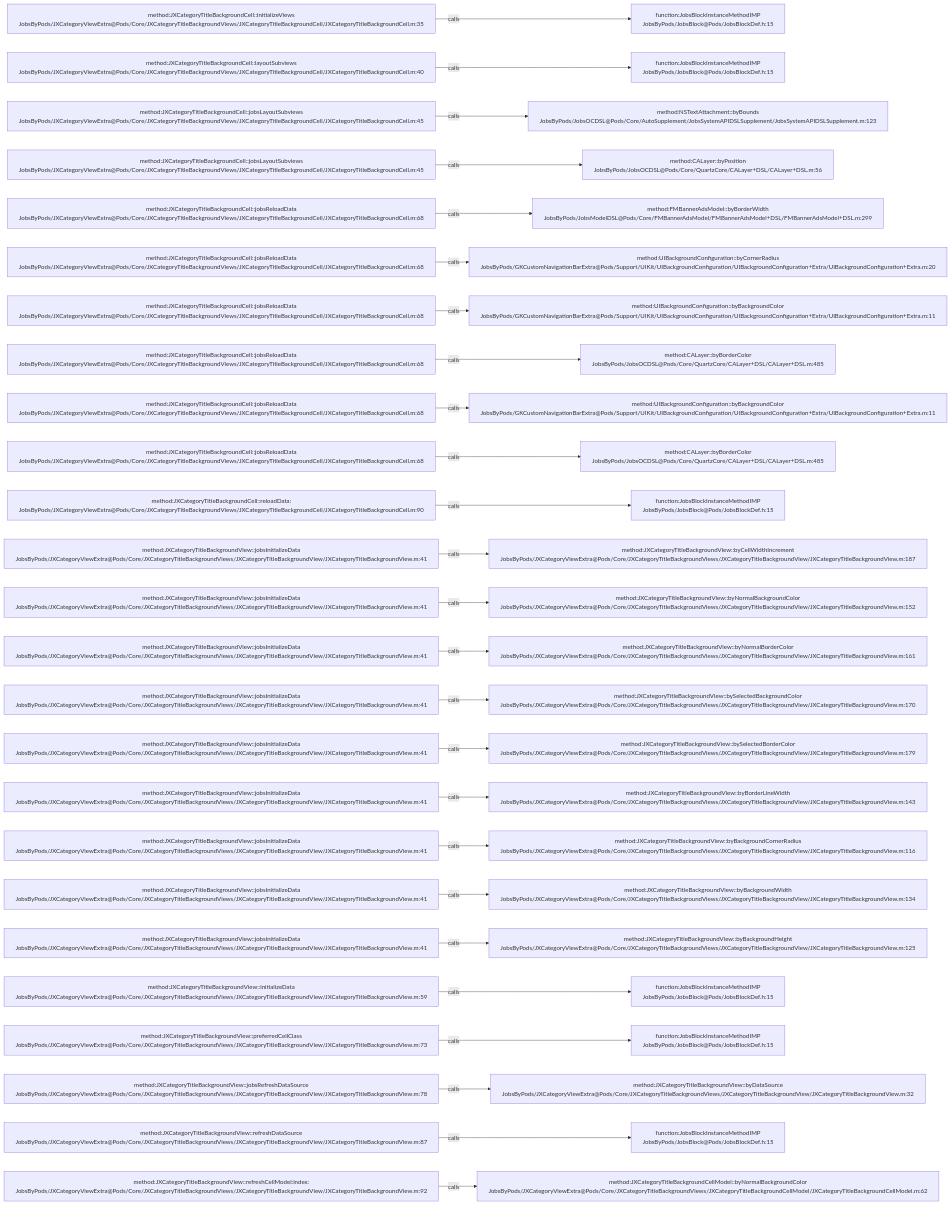
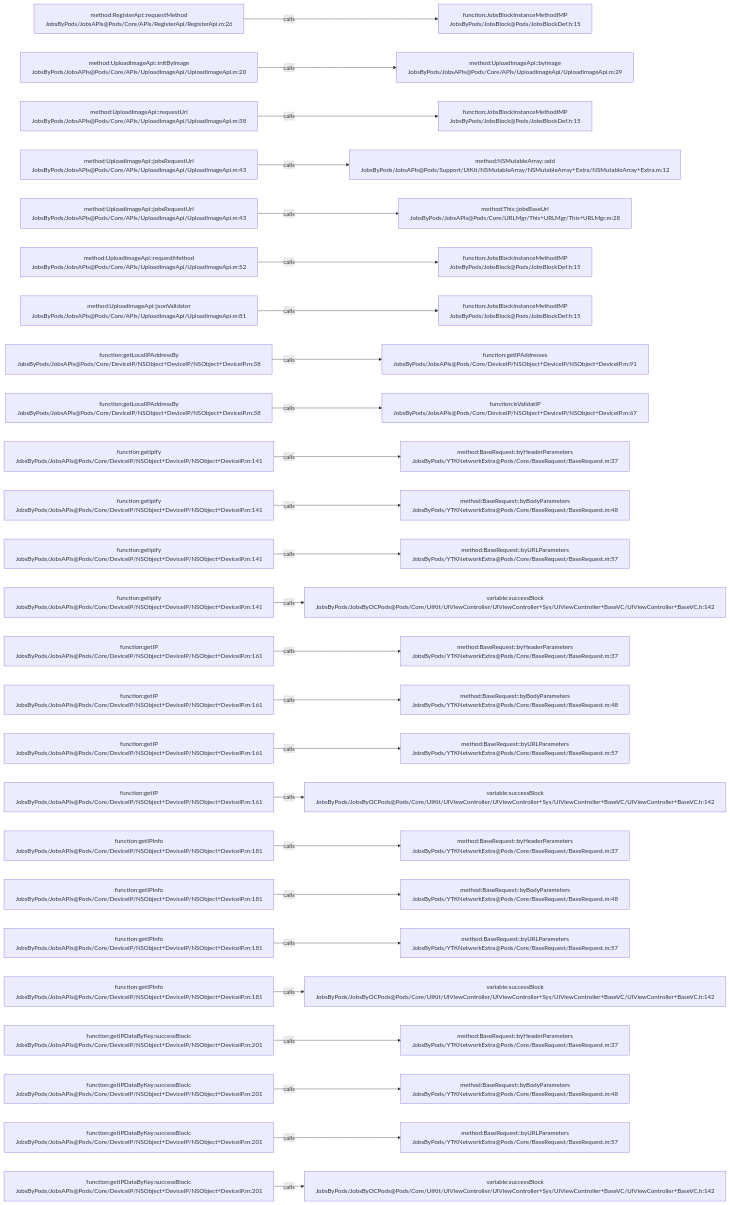
Before and after one commit to JobsKits/JobsOCBaseConfigDemo: the diagram in .codegraph/codegraph.md/graphs/calls-050.md, drawn with Mermaid. The commit also changed 223 other files, not shown here.

````diff
--- a/.codegraph/codegraph.md/graphs/calls-050.md
+++ b/.codegraph/codegraph.md/graphs/calls-050.md
@@ -13,78 +13,78 @@
 ```mermaid
 flowchart LR
-  S1["method:JXCategoryTitleBackgroundCell::initializeViews<br/>JobsByPods/JXCategoryViewExtra@Pods/Core/JXCategoryTitleBackgroundViews/JXCategoryTitleBackgroundCell/JXCategoryTitleBackgroundCell.m:35"]
+  S1["method:RegisterApi::requestMethod<br/>JobsByPods/JobsAPIs@Pods/Core/APIs/RegisterApi/RegisterApi.m:26"]
   T1["function:JobsBlockInstanceMethodIMP<br/>JobsByPods/JobsBlock@Pods/JobsBlockDef.h:15"]
   S1 -->|calls| T1
-  S2["method:JXCategoryTitleBackgroundCell::layoutSubviews<br/>JobsByPods/JXCategoryViewExtra@Pods/Core/JXCategoryTitleBackgroundViews/JXCategoryTitleBackgroundCell/JXCategoryTitleBackgroundCell.m:40"]
-  T2["function:JobsBlockInstanceMethodIMP<br/>JobsByPods/JobsBlock@Pods/JobsBlockDef.h:15"]
+  S2["method:UploadImageApi::initByImage<br/>JobsByPods/JobsAPIs@Pods/Core/APIs/UploadImageApi/UploadImageApi.m:20"]
+  T2["method:UploadImageApi::byImage<br/>JobsByPods/JobsAPIs@Pods/Core/APIs/UploadImageApi/UploadImageApi.m:29"]
   S2 -->|calls| T2
-  S3["method:JXCategoryTitleBackgroundCell::jobsLayoutSubviews<br/>JobsByPods/JXCategoryViewExtra@Pods/Core/JXCategoryTitleBackgroundViews/JXCategoryTitleBackgroundCell/JXCategoryTitleBackgroundCell.m:45"]
-  T3["method:NSTextAttachment::byBounds<br/>JobsByPods/JobsOCDSL@Pods/Core/AutoSupplement/JobsSystemAPIDSLSupplement/JobsSystemAPIDSLSupplement.m:123"]
+  S3["method:UploadImageApi::requestUrl<br/>JobsByPods/JobsAPIs@Pods/Core/APIs/UploadImageApi/UploadImageApi.m:38"]
+  T3["function:JobsBlockInstanceMethodIMP<br/>JobsByPods/JobsBlock@Pods/JobsBlockDef.h:15"]
   S3 -->|calls| T3
-  S4["method:JXCategoryTitleBackgroundCell::jobsLayoutSubviews<br/>JobsByPods/JXCategoryViewExtra@Pods/Core/JXCategoryTitleBackgroundViews/JXCategoryTitleBackgroundCell/JXCategoryTitleBackgroundCell.m:45"]
-  T4["method:CALayer::byPosition<br/>JobsByPods/JobsOCDSL@Pods/Core/QuartzCore/CALayer+DSL/CALayer+DSL.m:56"]
+  S4["method:UploadImageApi::jobsRequestUrl<br/>JobsByPods/JobsAPIs@Pods/Core/APIs/UploadImageApi/UploadImageApi.m:43"]
+  T4["method:NSMutableArray::add<br/>JobsByPods/JobsAPIs@Pods/Support/UIKit/NSMutableArray/NSMutableArray+Extra/NSMutableArray+Extra.m:12"]
   S4 -->|calls| T4
-  S5["method:JXCategoryTitleBackgroundCell::jobsReloadData<br/>JobsByPods/JXCategoryViewExtra@Pods/Core/JXCategoryTitleBackgroundViews/JXCategoryTitleBackgroundCell/JXCategoryTitleBackgroundCell.m:68"]
-  T5["method:FMBannerAdsModel::byBorderWidth<br/>JobsByPods/JobsModelDSL@Pods/Core/FMBannerAdsModel/FMBannerAdsModel+DSL/FMBannerAdsModel+DSL.m:299"]
+  S5["method:UploadImageApi::jobsRequestUrl<br/>JobsByPods/JobsAPIs@Pods/Core/APIs/UploadImageApi/UploadImageApi.m:43"]
+  T5["method:This::jobsBaseUrl<br/>JobsByPods/JobsAPIs@Pods/Core/URLMgr/This+URLMgr/This+URLMgr.m:28"]
   S5 -->|calls| T5
-  S6["method:JXCategoryTitleBackgroundCell::jobsReloadData<br/>JobsByPods/JXCategoryViewExtra@Pods/Core/JXCategoryTitleBackgroundViews/JXCategoryTitleBackgroundCell/JXCategoryTitleBackgroundCell.m:68"]
-  T6["method:UIBackgroundConfiguration::byCornerRadius<br/>JobsByPods/GKCustomNavigationBarExtra@Pods/Support/UIKit/UIBackgroundConfiguration/UIBackgroundConfiguration+Extra/UIBackgroundConfiguration+Extra.m:20"]
+  S6["method:UploadImageApi::requestMethod<br/>JobsByPods/JobsAPIs@Pods/Core/APIs/UploadImageApi/UploadImageApi.m:52"]
+  T6["function:JobsBlockInstanceMethodIMP<br/>JobsByPods/JobsBlock@Pods/JobsBlockDef.h:15"]
   S6 -->|calls| T6
-  S7["method:JXCategoryTitleBackgroundCell::jobsReloadData<br/>JobsByPods/JXCategoryViewExtra@Pods/Core/JXCategoryTitleBackgroundViews/JXCategoryTitleBackgroundCell/JXCategoryTitleBackgroundCell.m:68"]
-  T7["method:UIBackgroundConfiguration::byBackgroundColor<br/>JobsByPods/GKCustomNavigationBarExtra@Pods/Support/UIKit/UIBackgroundConfiguration/UIBackgroundConfiguration+Extra/UIBackgroundConfiguration+Extra.m:11"]
+  S7["method:UploadImageApi::jsonValidator<br/>JobsByPods/JobsAPIs@Pods/Core/APIs/UploadImageApi/UploadImageApi.m:81"]
+  T7["function:JobsBlockInstanceMethodIMP<br/>JobsByPods/JobsBlock@Pods/JobsBlockDef.h:15"]
   S7 -->|calls| T7
-  S8["method:JXCategoryTitleBackgroundCell::jobsReloadData<br/>JobsByPods/JXCategoryViewExtra@Pods/Core/JXCategoryTitleBackgroundViews/JXCategoryTitleBackgroundCell/JXCategoryTitleBackgroundCell.m:68"]
-  T8["method:CALayer::byBorderColor<br/>JobsByPods/JobsOCDSL@Pods/Core/QuartzCore/CALayer+DSL/CALayer+DSL.m:485"]
+  S8["function:getLocalIPAddressBy<br/>JobsByPods/JobsAPIs@Pods/Core/DeviceIP/NSObject+DeviceIP/NSObject+DeviceIP.m:38"]
+  T8["function:getIPAddresses<br/>JobsByPods/JobsAPIs@Pods/Core/DeviceIP/NSObject+DeviceIP/NSObject+DeviceIP.m:91"]
   S8 -->|calls| T8
-  S9["method:JXCategoryTitleBackgroundCell::jobsReloadData<br/>JobsByPods/JXCategoryViewExtra@Pods/Core/JXCategoryTitleBackgroundViews/JXCategoryTitleBackgroundCell/JXCategoryTitleBackgroundCell.m:68"]
-  T9["method:UIBackgroundConfiguration::byBackgroundColor<br/>JobsByPods/GKCustomNavigationBarExtra@Pods/Support/UIKit/UIBackgroundConfiguration/UIBackgroundConfiguration+Extra/UIBackgroundConfiguration+Extra.m:11"]
+  S9["function:getLocalIPAddressBy<br/>JobsByPods/JobsAPIs@Pods/Core/DeviceIP/NSObject+DeviceIP/NSObject+DeviceIP.m:38"]
+  T9["function:isValidatIP<br/>JobsByPods/JobsAPIs@Pods/Core/DeviceIP/NSObject+DeviceIP/NSObject+DeviceIP.m:67"]
   S9 -->|calls| T9
-  S10["method:JXCategoryTitleBackgroundCell::jobsReloadData<br/>JobsByPods/JXCategoryViewExtra@Pods/Core/JXCategoryTitleBackgroundViews/JXCategoryTitleBackgroundCell/JXCategoryTitleBackgroundCell.m:68"]
-  T10["method:CALayer::byBorderColor<br/>JobsByPods/JobsOCDSL@Pods/Core/QuartzCore/CALayer+DSL/CALayer+DSL.m:485"]
+  S10["function:getIpify<br/>JobsByPods/JobsAPIs@Pods/Core/DeviceIP/NSObject+DeviceIP/NSObject+DeviceIP.m:141"]
+  T10["method:BaseRequest::byHeaderParameters<br/>JobsByPods/YTKNetworkExtra@Pods/Core/BaseRequest/BaseRequest.m:37"]
   S10 -->|calls| T10
-  S11["method:JXCategoryTitleBackgroundCell::reloadData:<br/>JobsByPods/JXCategoryViewExtra@Pods/Core/JXCategoryTitleBackgroundViews/JXCategoryTitleBackgroundCell/JXCategoryTitleBackgroundCell.m:90"]
-  T11["function:JobsBlockInstanceMethodIMP<br/>JobsByPods/JobsBlock@Pods/JobsBlockDef.h:15"]
+  S11["function:getIpify<br/>JobsByPods/JobsAPIs@Pods/Core/DeviceIP/NSObject+DeviceIP/NSObject+DeviceIP.m:141"]
+  T11["method:BaseRequest::byBodyParameters<br/>JobsByPods/YTKNetworkExtra@Pods/Core/BaseRequest/BaseRequest.m:48"]
   S11 -->|calls| T11
-  S12["method:JXCategoryTitleBackgroundView::jobsInitializeData<br/>JobsByPods/JXCategoryViewExtra@Pods/Core/JXCategoryTitleBackgroundViews/JXCategoryTitleBackgroundView/JXCategoryTitleBackgroundView.m:41"]
-  T12["method:JXCategoryTitleBackgroundView::byCellWidthIncrement<br/>JobsByPods/JXCategoryViewExtra@Pods/Core/JXCategoryTitleBackgroundViews/JXCategoryTitleBackgroundView/JXCategoryTitleBackgroundView.m:187"]
+  S12["function:getIpify<br/>JobsByPods/JobsAPIs@Pods/Core/DeviceIP/NSObject+DeviceIP/NSObject+DeviceIP.m:141"]
+  T12["method:BaseRequest::byURLParameters<br/>JobsByPods/YTKNetworkExtra@Pods/Core/BaseRequest/BaseRequest.m:57"]
   S12 -->|calls| T12
-  S13["method:JXCategoryTitleBackgroundView::jobsInitializeData<br/>JobsByPods/JXCategoryViewExtra@Pods/Core/JXCategoryTitleBackgroundViews/JXCategoryTitleBackgroundView/JXCategoryTitleBackgroundView.m:41"]
-  T13["method:JXCategoryTitleBackgroundView::byNormalBackgroundColor<br/>JobsByPods/JXCategoryViewExtra@Pods/Core/JXCategoryTitleBackgroundViews/JXCategoryTitleBackgroundView/JXCategoryTitleBackgroundView.m:152"]
+  S13["function:getIpify<br/>JobsByPods/JobsAPIs@Pods/Core/DeviceIP/NSObject+DeviceIP/NSObject+DeviceIP.m:141"]
+  T13["variable:successBlock<br/>JobsByPods/JobsByOCPods@Pods/Core/UIKit/UIViewController/UIViewController+Sys/UIViewController+BaseVC/UIViewController+BaseVC.h:142"]
   S13 -->|calls| T13
-  S14["method:JXCategoryTitleBackgroundView::jobsInitializeData<br/>JobsByPods/JXCategoryViewExtra@Pods/Core/JXCategoryTitleBackgroundViews/JXCategoryTitleBackgroundView/JXCategoryTitleBackgroundView.m:41"]
-  T14["method:JXCategoryTitleBackgroundView::byNormalBorderColor<br/>JobsByPods/JXCategoryViewExtra@Pods/Core/JXCategoryTitleBackgroundViews/JXCategoryTitleBackgroundView/JXCategoryTitleBackgroundView.m:161"]
+  S14["function:getIP<br/>JobsByPods/JobsAPIs@Pods/Core/DeviceIP/NSObject+DeviceIP/NSObject+DeviceIP.m:161"]
+  T14["method:BaseRequest::byHeaderParameters<br/>JobsByPods/YTKNetworkExtra@Pods/Core/BaseRequest/BaseRequest.m:37"]
   S14 -->|calls| T14
-  S15["method:JXCategoryTitleBackgroundView::jobsInitializeData<br/>JobsByPods/JXCategoryViewExtra@Pods/Core/JXCategoryTitleBackgroundViews/JXCategoryTitleBackgroundView/JXCategoryTitleBackgroundView.m:41"]
-  T15["method:JXCategoryTitleBackgroundView::bySelectedBackgroundColor<br/>JobsByPods/JXCategoryViewExtra@Pods/Core/JXCategoryTitleBackgroundViews/JXCategoryTitleBackgroundView/JXCategoryTitleBackgroundView.m:170"]
+  S15["function:getIP<br/>JobsByPods/JobsAPIs@Pods/Core/DeviceIP/NSObject+DeviceIP/NSObject+DeviceIP.m:161"]
+  T15["method:BaseRequest::byBodyParameters<br/>JobsByPods/YTKNetworkExtra@Pods/Core/BaseRequest/BaseRequest.m:48"]
   S15 -->|calls| T15
-  S16["method:JXCategoryTitleBackgroundView::jobsInitializeData<br/>JobsByPods/JXCategoryViewExtra@Pods/Core/JXCategoryTitleBackgroundViews/JXCategoryTitleBackgroundView/JXCategoryTitleBackgroundView.m:41"]
-  T16["method:JXCategoryTitleBackgroundView::bySelectedBorderColor<br/>JobsByPods/JXCategoryViewExtra@Pods/Core/JXCategoryTitleBackgroundViews/JXCategoryTitleBackgroundView/JXCategoryTitleBackgroundView.m:179"]
+  S16["function:getIP<br/>JobsByPods/JobsAPIs@Pods/Core/DeviceIP/NSObject+DeviceIP/NSObject+DeviceIP.m:161"]
+  T16["method:BaseRequest::byURLParameters<br/>JobsByPods/YTKNetworkExtra@Pods/Core/BaseRequest/BaseRequest.m:57"]
   S16 -->|calls| T16
-  S17["method:JXCategoryTitleBackgroundView::jobsInitializeData<br/>JobsByPods/JXCategoryViewExtra@Pods/Core/JXCategoryTitleBackgroundViews/JXCategoryTitleBackgroundView/JXCategoryTitleBackgroundView.m:41"]
-  T17["method:JXCategoryTitleBackgroundView::byBorderLineWidth<br/>JobsByPods/JXCategoryViewExtra@Pods/Core/JXCategoryTitleBackgroundViews/JXCategoryTitleBackgroundView/JXCategoryTitleBackgroundView.m:143"]
+  S17["function:getIP<br/>JobsByPods/JobsAPIs@Pods/Core/DeviceIP/NSObject+DeviceIP/NSObject+DeviceIP.m:161"]
+  T17["variable:successBlock<br/>JobsByPods/JobsByOCPods@Pods/Core/UIKit/UIViewController/UIViewController+Sys/UIViewController+BaseVC/UIViewController+BaseVC.h:142"]
   S17 -->|calls| T17
-  S18["method:JXCategoryTitleBackgroundView::jobsInitializeData<br/>JobsByPods/JXCategoryViewExtra@Pods/Core/JXCategoryTitleBackgroundViews/JXCategoryTitleBackgroundView/JXCategoryTitleBackgroundView.m:41"]
-  T18["method:JXCategoryTitleBackgroundView::byBackgroundCornerRadius<br/>JobsByPods/JXCategoryViewExtra@Pods/Core/JXCategoryTitleBackgroundViews/JXCategoryTitleBackgroundView/JXCategoryTitleBackgroundView.m:116"]
+  S18["function:getIPInfo<br/>JobsByPods/JobsAPIs@Pods/Core/DeviceIP/NSObject+DeviceIP/NSObject+DeviceIP.m:181"]
+  T18["method:BaseRequest::byHeaderParameters<br/>JobsByPods/YTKNetworkExtra@Pods/Core/BaseRequest/BaseRequest.m:37"]
   S18 -->|calls| T18
-  S19["method:JXCategoryTitleBackgroundView::jobsInitializeData<br/>JobsByPods/JXCategoryViewExtra@Pods/Core/JXCategoryTitleBackgroundViews/JXCategoryTitleBackgroundView/JXCategoryTitleBackgroundView.m:41"]
-  T19["method:JXCategoryTitleBackgroundView::byBackgroundWidth<br/>JobsByPods/JXCategoryViewExtra@Pods/Core/JXCategoryTitleBackgroundViews/JXCategoryTitleBackgroundView/JXCategoryTitleBackgroundView.m:134"]
+  S19["function:getIPInfo<br/>JobsByPods/JobsAPIs@Pods/Core/DeviceIP/NSObject+DeviceIP/NSObject+DeviceIP.m:181"]
+  T19["method:BaseRequest::byBodyParameters<br/>JobsByPods/YTKNetworkExtra@Pods/Core/BaseRequest/BaseRequest.m:48"]
   S19 -->|calls| T19
-  S20["method:JXCategoryTitleBackgroundView::jobsInitializeData<br/>JobsByPods/JXCategoryViewExtra@Pods/Core/JXCategoryTitleBackgroundViews/JXCategoryTitleBackgroundView/JXCategoryTitleBackgroundView.m:41"]
-  T20["method:JXCategoryTitleBackgroundView::byBackgroundHeight<br/>JobsByPods/JXCategoryViewExtra@Pods/Core/JXCategoryTitleBackgroundViews/JXCategoryTitleBackgroundView/JXCategoryTitleBackgroundView.m:125"]
+  S20["function:getIPInfo<br/>JobsByPods/JobsAPIs@Pods/Core/DeviceIP/NSObject+DeviceIP/NSObject+DeviceIP.m:181"]
+  T20["method:BaseRequest::byURLParameters<br/>JobsByPods/YTKNetworkExtra@Pods/Core/BaseRequest/BaseRequest.m:57"]
   S20 -->|calls| T20
-  S21["method:JXCategoryTitleBackgroundView::initializeData<br/>JobsByPods/JXCategoryViewExtra@Pods/Core/JXCategoryTitleBackgroundViews/JXCategoryTitleBackgroundView/JXCategoryTitleBackgroundView.m:59"]
-  T21["function:JobsBlockInstanceMethodIMP<br/>JobsByPods/JobsBlock@Pods/JobsBlockDef.h:15"]
+  S21["function:getIPInfo<br/>JobsByPods/JobsAPIs@Pods/Core/DeviceIP/NSObject+DeviceIP/NSObject+DeviceIP.m:181"]
+  T21["variable:successBlock<br/>JobsByPods/JobsByOCPods@Pods/Core/UIKit/UIViewController/UIViewController+Sys/UIViewController+BaseVC/UIViewController+BaseVC.h:142"]
   S21 -->|calls| T21
-  S22["method:JXCategoryTitleBackgroundView::preferredCellClass<br/>JobsByPods/JXCategoryViewExtra@Pods/Core/JXCategoryTitleBackgroundViews/JXCategoryTitleBackgroundView/JXCategoryTitleBackgroundView.m:73"]
-  T22["function:JobsBlockInstanceMethodIMP<br/>JobsByPods/JobsBlock@Pods/JobsBlockDef.h:15"]
+  S22["function:getIPDataByKey:successBlock:<br/>JobsByPods/JobsAPIs@Pods/Core/DeviceIP/NSObject+DeviceIP/NSObject+DeviceIP.m:201"]
+  T22["method:BaseRequest::byHeaderParameters<br/>JobsByPods/YTKNetworkExtra@Pods/Core/BaseRequest/BaseRequest.m:37"]
   S22 -->|calls| T22
-  S23["method:JXCategoryTitleBackgroundView::jobsRefreshDataSource<br/>JobsByPods/JXCategoryViewExtra@Pods/Core/JXCategoryTitleBackgroundViews/JXCategoryTitleBackgroundView/JXCategoryTitleBackgroundView.m:78"]
-  T23["method:JXCategoryTitleBackgroundView::byDataSource<br/>JobsByPods/JXCategoryViewExtra@Pods/Core/JXCategoryTitleBackgroundViews/JXCategoryTitleBackgroundView/JXCategoryTitleBackgroundView.m:32"]
+  S23["function:getIPDataByKey:successBlock:<br/>JobsByPods/JobsAPIs@Pods/Core/DeviceIP/NSObject+DeviceIP/NSObject+DeviceIP.m:201"]
+  T23["method:BaseRequest::byBodyParameters<br/>JobsByPods/YTKNetworkExtra@Pods/Core/BaseRequest/BaseRequest.m:48"]
   S23 -->|calls| T23
-  S24["method:JXCategoryTitleBackgroundView::refreshDataSource<br/>JobsByPods/JXCategoryViewExtra@Pods/Core/JXCategoryTitleBackgroundViews/JXCategoryTitleBackgroundView/JXCategoryTitleBackgroundView.m:87"]
-  T24["function:JobsBlockInstanceMethodIMP<br/>JobsByPods/JobsBlock@Pods/JobsBlockDef.h:15"]
+  S24["function:getIPDataByKey:successBlock:<br/>JobsByPods/JobsAPIs@Pods/Core/DeviceIP/NSObject+DeviceIP/NSObject+DeviceIP.m:201"]
+  T24["method:BaseRequest::byURLParameters<br/>JobsByPods/YTKNetworkExtra@Pods/Core/BaseRequest/BaseRequest.m:57"]
   S24 -->|calls| T24
-  S25["method:JXCategoryTitleBackgroundView::refreshCellModel:index:<br/>JobsByPods/JXCategoryViewExtra@Pods/Core/JXCategoryTitleBackgroundViews/JXCategoryTitleBackgroundView/JXCategoryTitleBackgroundView.m:92"]
-  T25["method:JXCategoryTitleBackgroundCellModel::byNormalBackgroundColor<br/>JobsByPods/JXCategoryViewExtra@Pods/Core/JXCategoryTitleBackgroundViews/JXCategoryTitleBackgroundCellModel/JXCategoryTitleBackgroundCellModel.m:62"]
+  S25["function:getIPDataByKey:successBlock:<br/>JobsByPods/JobsAPIs@Pods/Core/DeviceIP/NSObject+DeviceIP/NSObject+DeviceIP.m:201"]
+  T25["variable:successBlock<br/>JobsByPods/JobsByOCPods@Pods/Core/UIKit/UIViewController/UIViewController+Sys/UIViewController+BaseVC/UIViewController+BaseVC.h:142"]
   S25 -->|calls| T25
 ```
````
